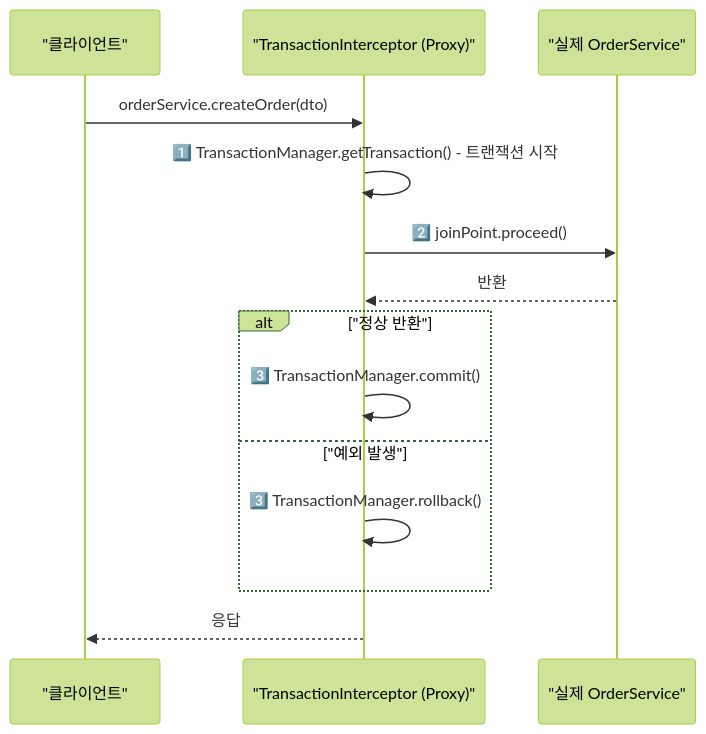
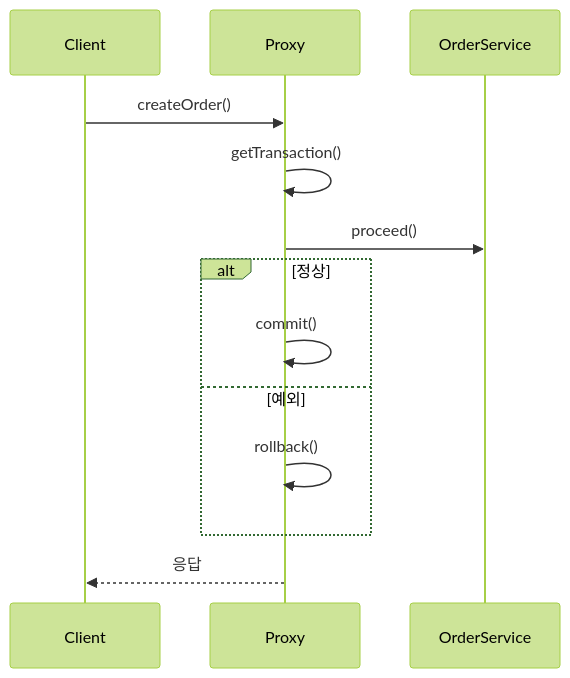
The third of 5 diagrams in _posts/spring/2026-05-01-spring-aop.md (yjkim2015/yjkim2015.github.io), drawn with Mermaid (forest theme) before and after one commit. The commit also changed other lines of this file and 215 other files, not shown here.

First line of the commit message:
신규 포스트 10개 추가 + Mermaid 전면 축소 + SystemDesign 시리즈 보강

````diff
--- a/_posts/spring/2026-05-01-spring-aop.md
+++ b/_posts/spring/2026-05-01-spring-aop.md
@@ -356,17 +355,15 @@
 ```mermaid
 sequenceDiagram
-    participant C as "클라이언트"
-    participant P as "TransactionInterceptor (Proxy)"
-    participant S as "실제 OrderService"
-
-    C->>P: orderService.createOrder(dto)
-    P->>P: 1️⃣ TransactionManager.getTransaction() - 트랜잭션 시작
-    P->>S: 2️⃣ joinPoint.proceed()
-    S-->>P: 반환
-    alt "정상 반환"
-        P->>P: 3️⃣ TransactionManager.commit()
-    else "예외 발생"
-        P->>P: 3️⃣ TransactionManager.rollback()
+    participant C as Client
+    participant P as Proxy
+    participant S as OrderService
+    C->>P: createOrder()
+    P->>P: getTransaction()
+    P->>S: proceed()
+    alt 정상
+        P->>P: commit()
+    else 예외
+        P->>P: rollback()
     end
     P-->>C: 응답
 ```
````
